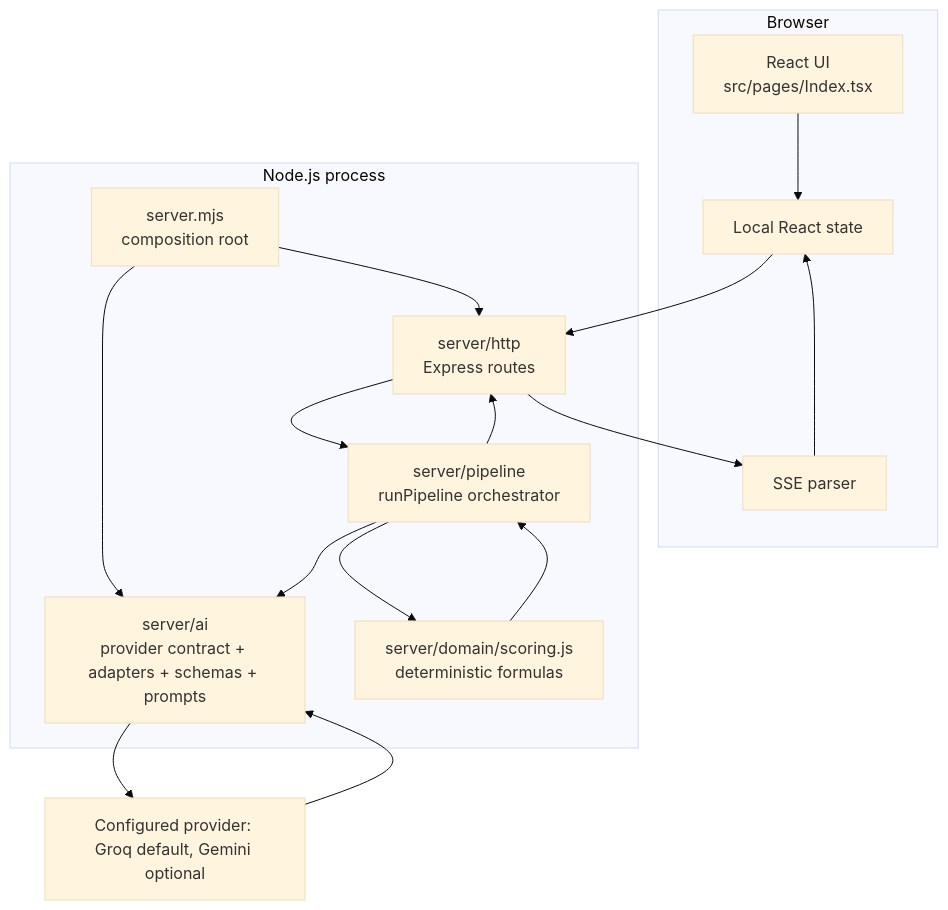
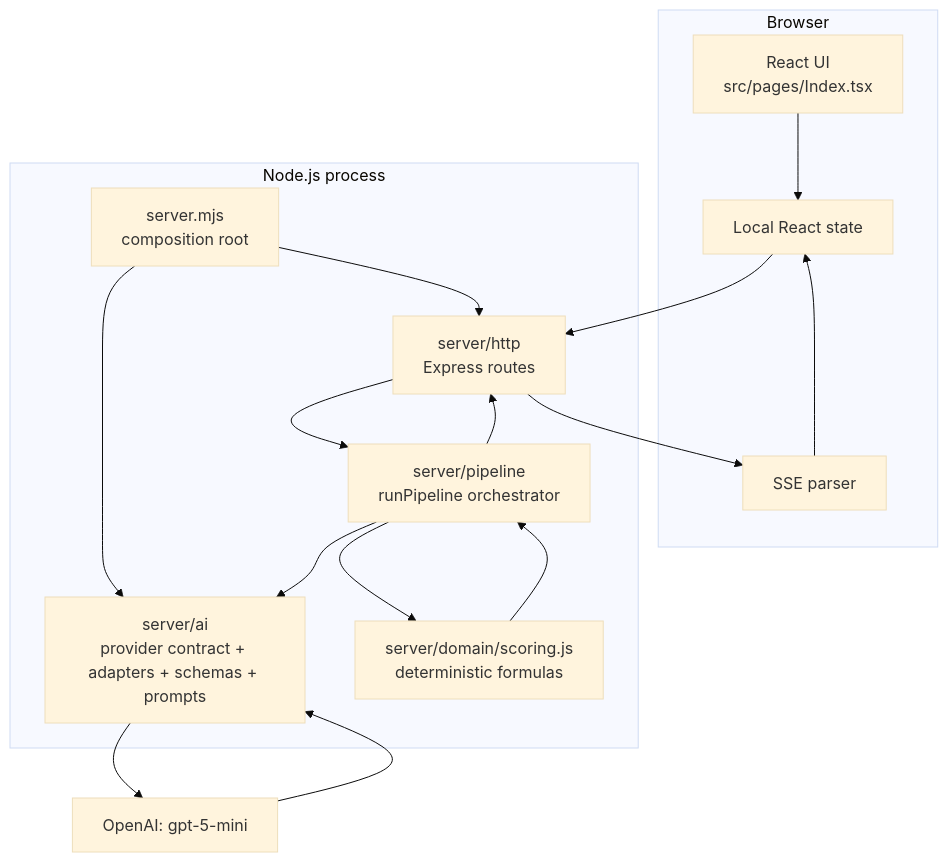
One commit to abdo2006-dev/ScenarioRank-AI changed the diagram in docs/architecture/CURRENT_ARCHITECTURE.md. Above: the diagram before and after it, drawn with Mermaid (base theme). The commit also changed other lines of this file and 61 other files, not shown here.

````diff
--- a/docs/architecture/CURRENT_ARCHITECTURE.md
+++ b/docs/architecture/CURRENT_ARCHITECTURE.md
@@ -16,32 +16,32 @@
 ```mermaid
 flowchart TB
     subgraph Browser
         UI[React UI\nsrc/pages/Index.tsx]
         STATE[Local React state]
         SSE[SSE parser]
     end
 
     subgraph Backend[Node.js process]
         ENTRY[server.mjs\ncomposition root]
         HTTP[server/http\nExpress routes]
         PIPE[server/pipeline\nrunPipeline orchestrator]
         AI[server/ai\nprovider contract + adapters + schemas + prompts]
         MATH[server/domain/scoring.js\ndeterministic formulas]
     end
 
-    PROVIDER[Configured provider: Groq default, Gemini optional]
+    PROVIDER[OpenAI: gpt-5-mini]
 
     UI --> STATE
     STATE --> HTTP
     ENTRY --> HTTP
     ENTRY --> AI
     HTTP --> PIPE
     PIPE --> AI
     AI --> PROVIDER
     PROVIDER --> AI
     PIPE --> MATH
     MATH --> PIPE
     PIPE --> HTTP
     HTTP --> SSE
     SSE --> STATE
 ```
````
